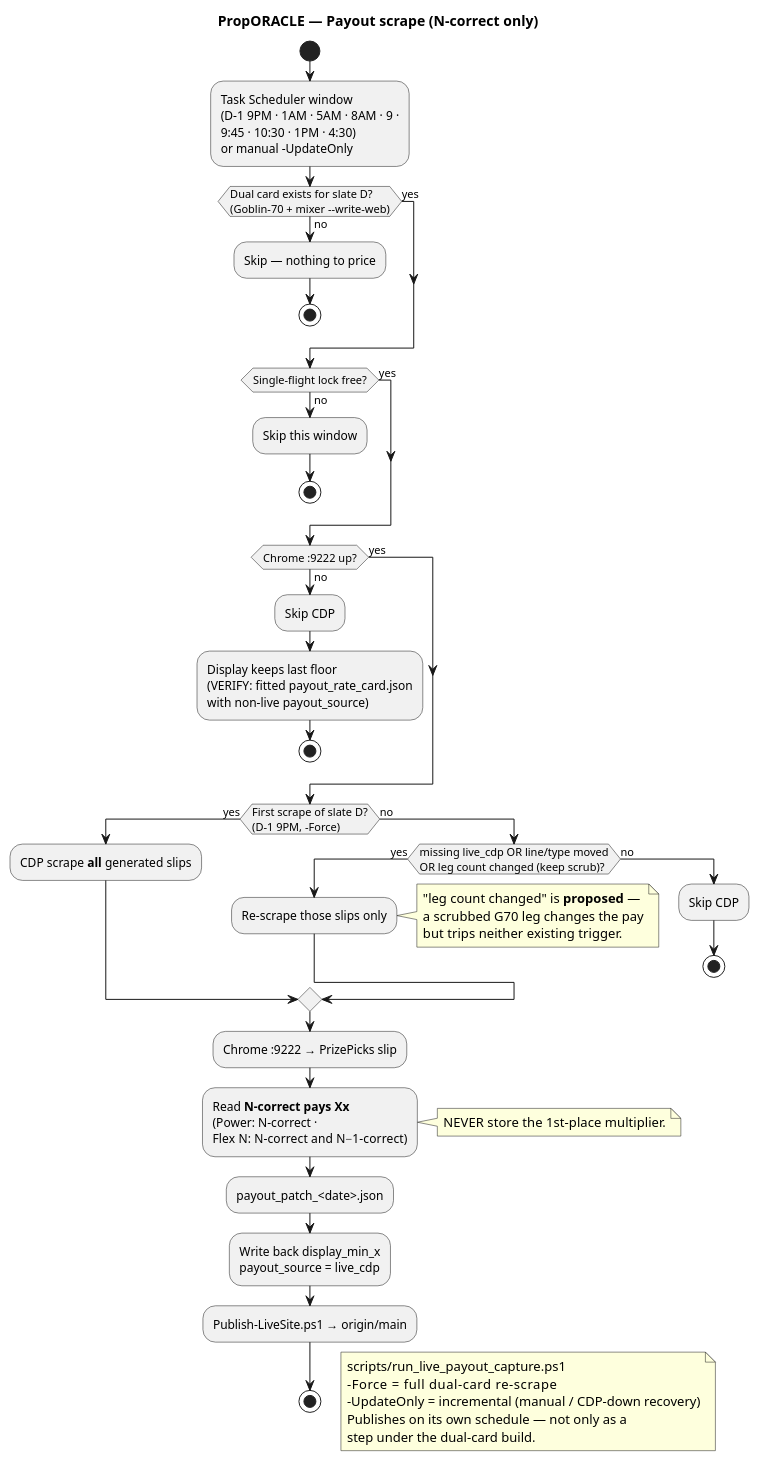
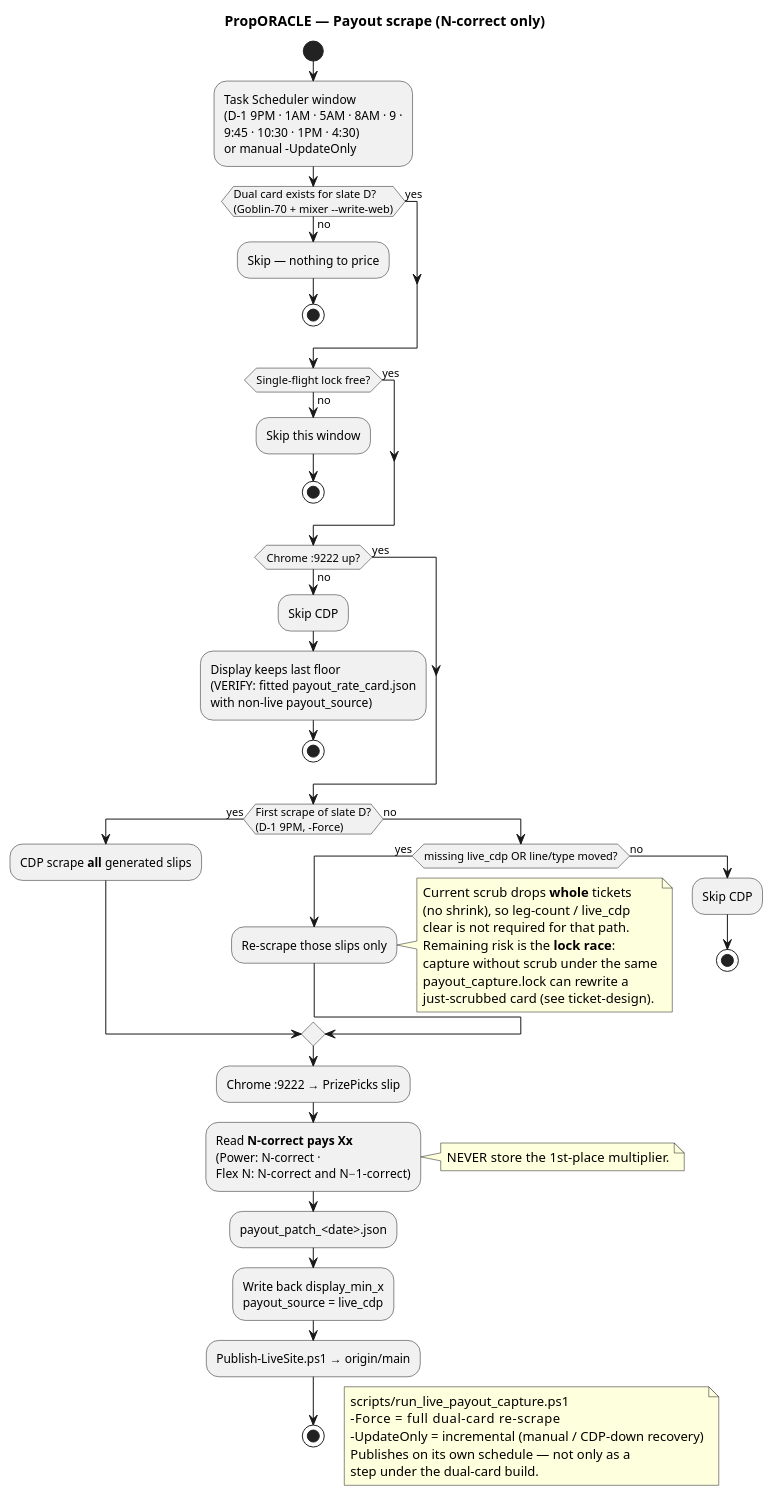
Before and after one commit to halekevi/PropORACLE: the diagram in docs/diagrams/payout-scrape.puml, drawn with PlantUML. The commit also changed 1 other file, not shown here.

Commit message:
docs: Close scrub publish VERIFY; document capture lock race.
Scrub defaults to --publish-live and drops whole tickets (no shrink / no live_cdp clear). Marks the missing shared payout_capture.lock as the remaining live-card risk.

```diff
--- a/docs/diagrams/payout-scrape.puml
+++ b/docs/diagrams/payout-scrape.puml
@@ -1,64 +1,68 @@
 @startuml PropORACLE_Payout_Scrape
 ' Payout capture — PrizePicks N-correct via CDP; a scheduled publisher in its own right
 ' Render: PlantUML extension or https://www.plantuml.com/plantuml
 
 title PropORACLE — Payout scrape (N-correct only)
 
 start
 :Task Scheduler window\n(D-1 9PM · 1AM · 5AM · 8AM · 9 ·\n9:45 · 10:30 · 1PM · 4:30)\nor manual -UpdateOnly;
 
 if (Dual card exists for slate D?\n(Goblin-70 + mixer --write-web)) then (no)
   :Skip — nothing to price;
   stop
 else (yes)
 endif
 
 if (Single-flight lock free?) then (no)
   :Skip this window;
   stop
 else (yes)
 endif
 
 if (Chrome :9222 up?) then (no)
   :Skip CDP;
   :Display keeps last floor\n(VERIFY: fitted payout_rate_card.json\nwith non-live payout_source);
   stop
 else (yes)
 endif
 
 if (First scrape of slate D?\n(D-1 9PM, -Force)) then (yes)
   :CDP scrape **all** generated slips;
 else (no)
-  if (missing live_cdp OR line/type moved\nOR leg count changed (keep scrub)?) then (yes)
+  if (missing live_cdp OR line/type moved?) then (yes)
     :Re-scrape those slips only;
     note right
-      "leg count changed" is **proposed** —
-      a scrubbed G70 leg changes the pay
-      but trips neither existing trigger.
+      Current scrub drops **whole** tickets
+      (no shrink), so leg-count / live_cdp
+      clear is not required for that path.
+      Remaining risk is the **lock race**:
+      capture without scrub under the same
+      payout_capture.lock can rewrite a
+      just-scrubbed card (see ticket-design).
     end note
   else (no)
     :Skip CDP;
     stop
   endif
 endif
 
 :Chrome :9222 → PrizePicks slip;
 :Read **N-correct pays Xx**\n(Power: N-correct ·\nFlex N: N-correct and N−1-correct);
 note right
   NEVER store the 1st-place multiplier.
 end note
 
 :payout_patch_<date>.json;
 :Write back display_min_x\npayout_source = live_cdp;
 :Publish-LiveSite.ps1 → origin/main;
 stop
 
 floating note right
   scripts/run_live_payout_capture.ps1
   -Force      = full dual-card re-scrape
   -UpdateOnly = incremental (manual / CDP-down recovery)
   Publishes on its own schedule — not only as a
   step under the dual-card build.
 end note
 
 @enduml
```
